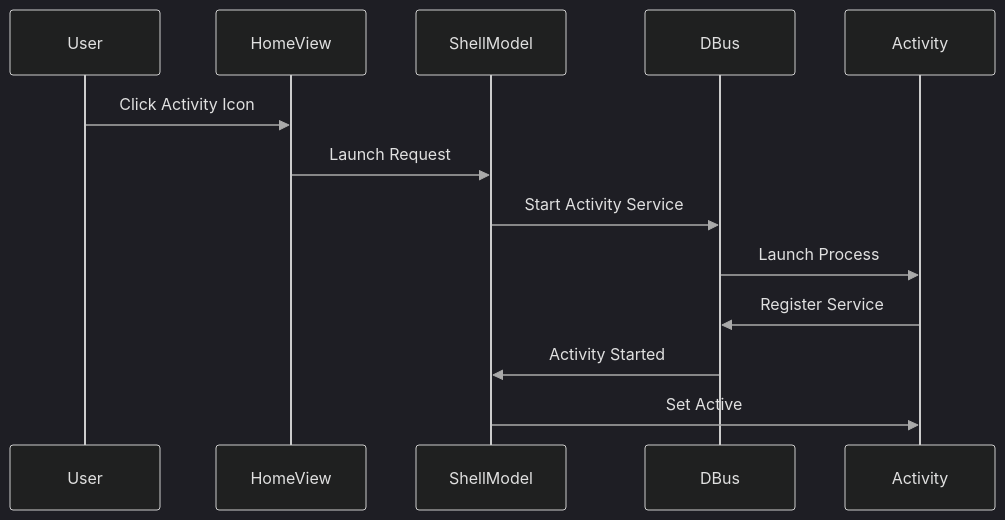
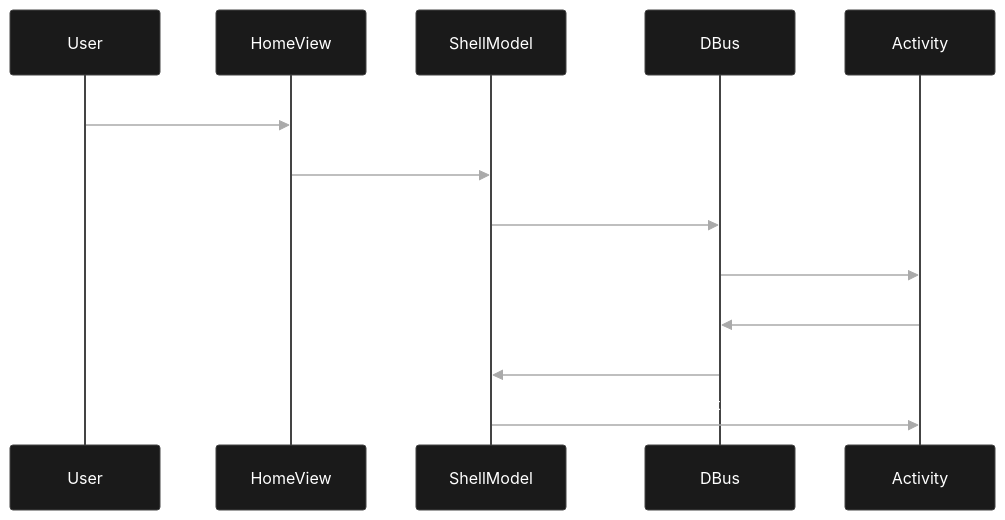
The second of 9 diagrams in proposal.md (Dev10-sys/sugar-proposal-gtk), drawn with Mermaid before and after one commit. The commit also changed other lines of this file, not shown here.

Commit message:
Refine diagrams: dark black background, clean white/black high contrast elements, vibrant amber accent, engineer-level architectural styling

````diff
--- a/proposal.md
+++ b/proposal.md
@@ -218,17 +218,17 @@
 ```mermaid
-%%{init: {'theme': 'dark', 'themeVariables': {'actorTextColor': '#e0e0e0', 'signalColor': '#aaa', 'signalTextColor': '#e0e0e0', 'labelTextColor': '#e0e0e0', 'fontSize': '14px'}}}%%
+%%{init: {'theme': 'base', 'themeVariables': {'background': '#0a0a0a', 'primaryColor': '#1a1a1a', 'primaryBorderColor': '#444444', 'lineColor': '#888888', 'textColor': '#ffffff', 'actorBkg': '#1a1a1a', 'actorTextColor': '#ffffff', 'signalColor': '#aaaaaa', 'signalTextColor': '#ffffff', 'fontSize': '15px'}}}%%
 sequenceDiagram
     participant User
     participant HomeView
     participant ShellModel
     participant DBus
     participant Activity
 
     User->>HomeView: Click Activity Icon
     HomeView->>ShellModel: Launch Request
     ShellModel->>DBus: Start Activity Service
     DBus->>Activity: Launch Process
     Activity->>DBus: Register Service
     DBus->>ShellModel: Activity Started
     ShellModel->>Activity: Set Active
 ```
````
